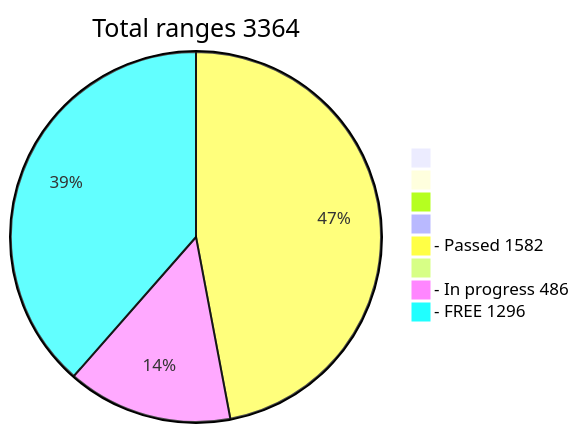
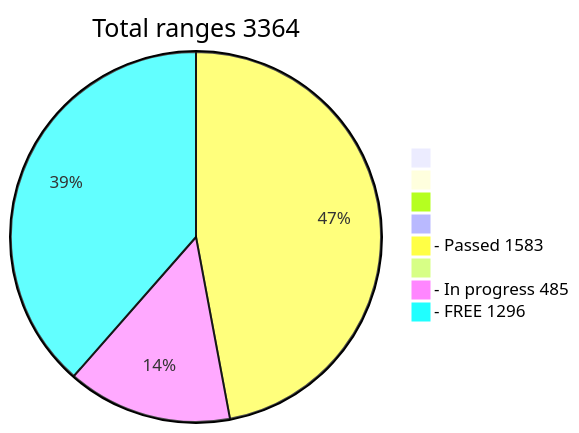
Before and after one commit to phrutis/wif500: the diagram in README.md, drawn with Mermaid.

````diff
--- a/README.md
+++ b/README.md
@@ -16,12 +16,12 @@
 ```mermaid
 pie title Total ranges 3364
              " " : 0
             "  " : 0
            "   " : 0
           "    " : 0
-  "- Passed 1582" : 1582
+  "- Passed 1583" : 1583
          "     " : 0
-  "- In progress 486" : 486
+  "- In progress 485" : 485
    "- FREE 1296" : 1296
    
 ```
````
